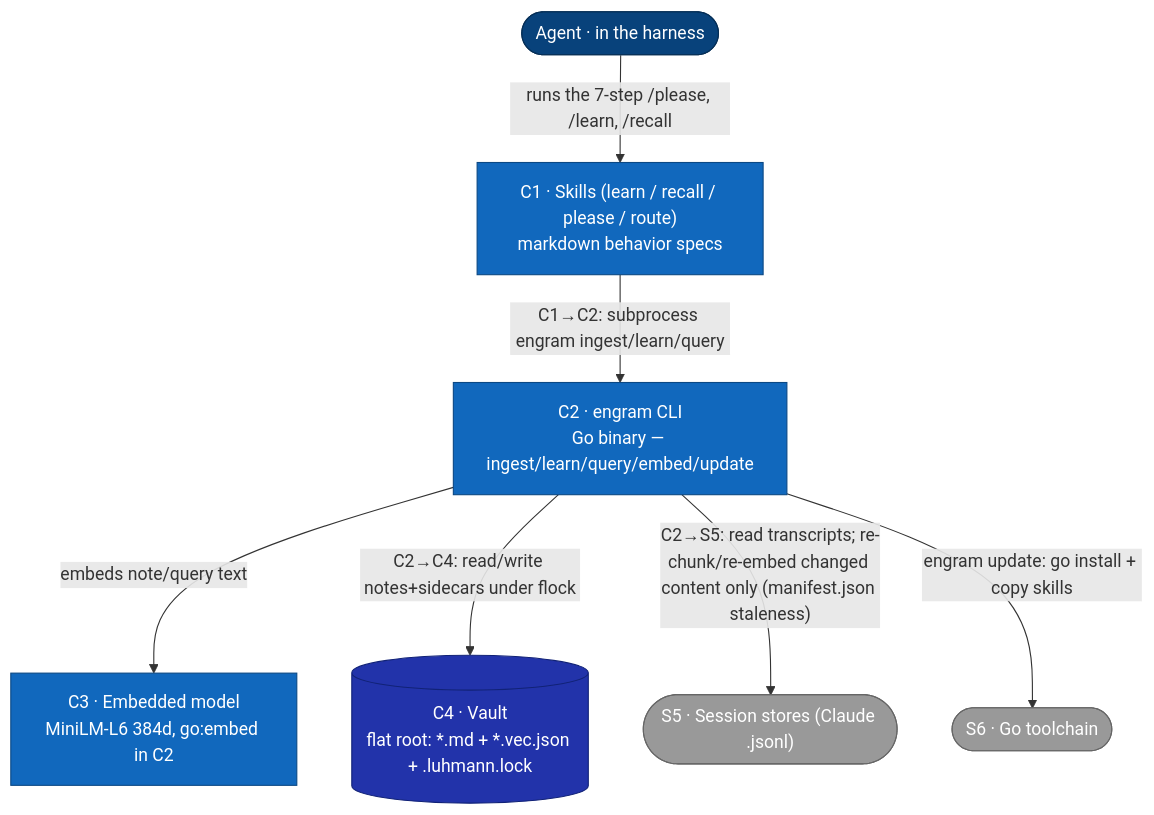
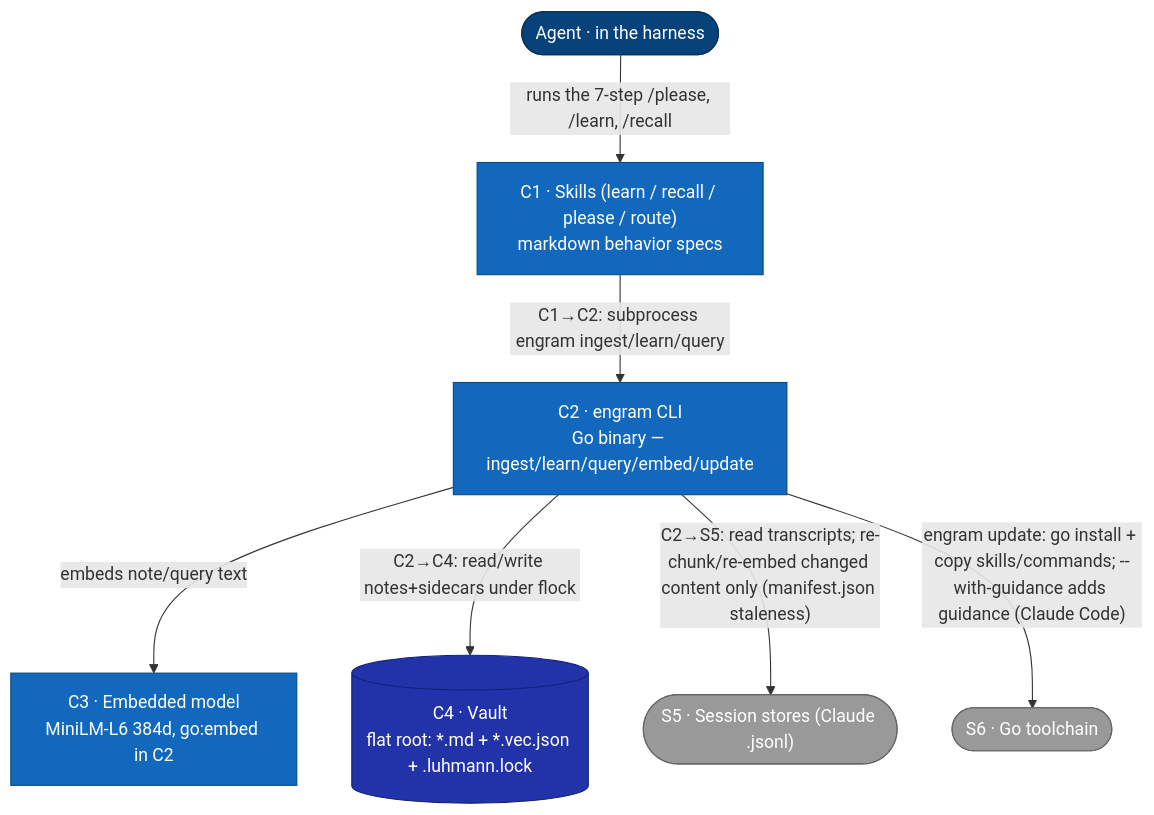
The first of 5 diagrams in docs/architecture/c2-containers.md (toejough/engram), drawn with Mermaid before and after one commit. The commit also changed other lines of this file and 11 other files, not shown here.

````diff
--- a/docs/architecture/c2-containers.md
+++ b/docs/architecture/c2-containers.md
@@ -9,27 +9,27 @@
 ```mermaid
 flowchart TB
     classDef person    fill:#08427b,stroke:#052e56,color:#fff
     classDef external  fill:#999,   stroke:#666,   color:#fff
     classDef container fill:#1168bd,stroke:#0b4884,color:#fff
     classDef store     fill:#23a,   stroke:#127,   color:#fff
 
     agent([Agent · in the harness])
     skills["C1 · Skills (learn / recall / please / route)<br/>markdown behavior specs"]
     cli["C2 · engram CLI<br/>Go binary — ingest/learn/query/embed/update"]
     model["C3 · Embedded model<br/>MiniLM-L6 384d, go:embed in C2"]
     vault[("C4 · Vault<br/>flat root: *.md + *.vec.json + .luhmann.lock")]
     sessions(["S5 · Session stores (Claude .jsonl)"])
     gotool(["S6 · Go toolchain"])
 
     agent -->|"runs the 7-step /please, /learn, /recall"| skills
     skills -->|"C1→C2: subprocess engram ingest/learn/query"| cli
     cli -->|"embeds note/query text"| model
     cli -->|"C2→C4: read/write notes+sidecars under flock"| vault
     cli -->|"C2→S5: read transcripts; re-chunk/re-embed changed content only (manifest.json staleness)"| sessions
-    cli -->|"engram update: go install + copy skills"| gotool
+    cli -->|"engram update: go install + copy skills/commands; --with-guidance adds guidance (Claude Code)"| gotool
 
     class agent person
     class skills,cli,model container
     class vault store
     class sessions,gotool external
 ```
````
